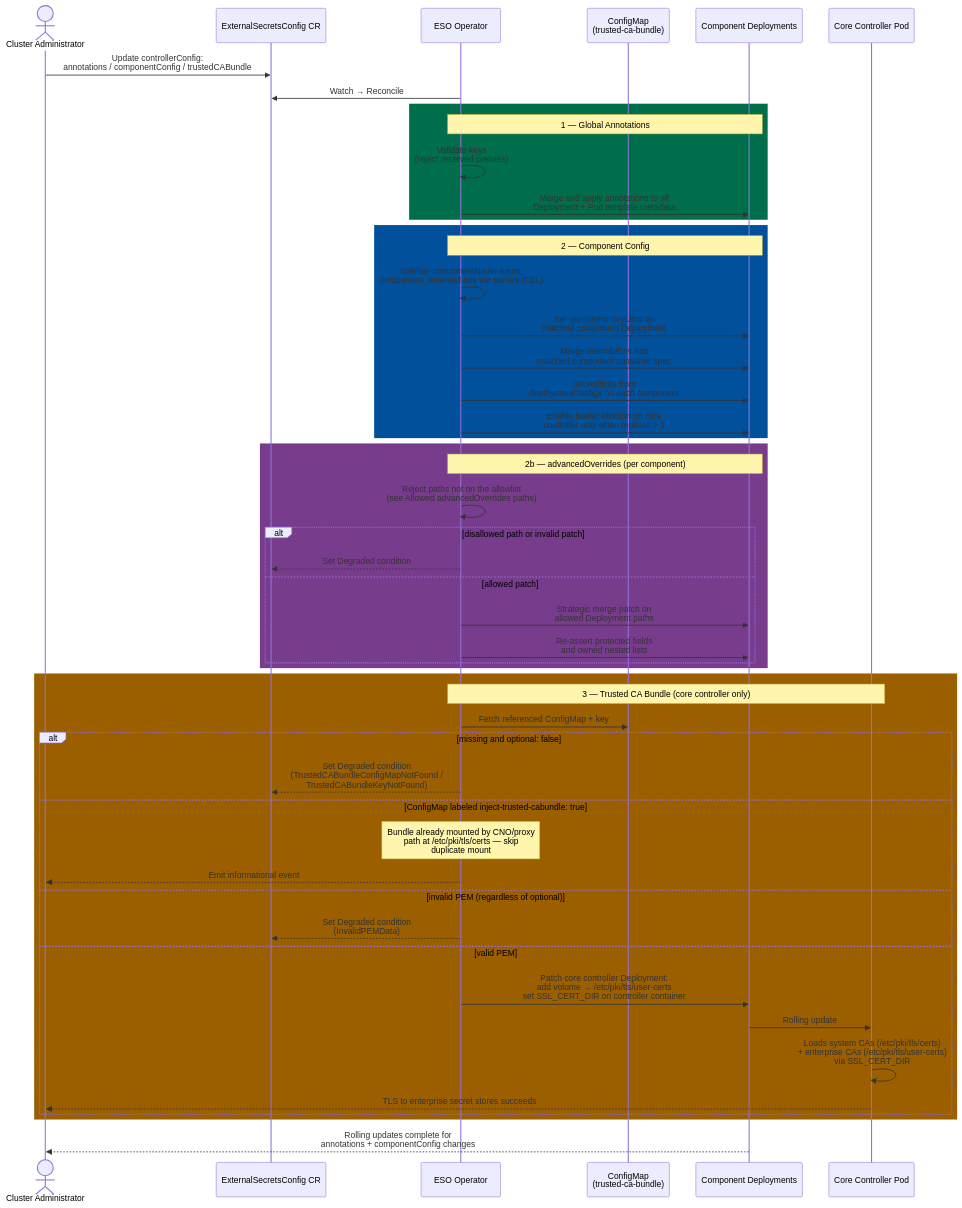
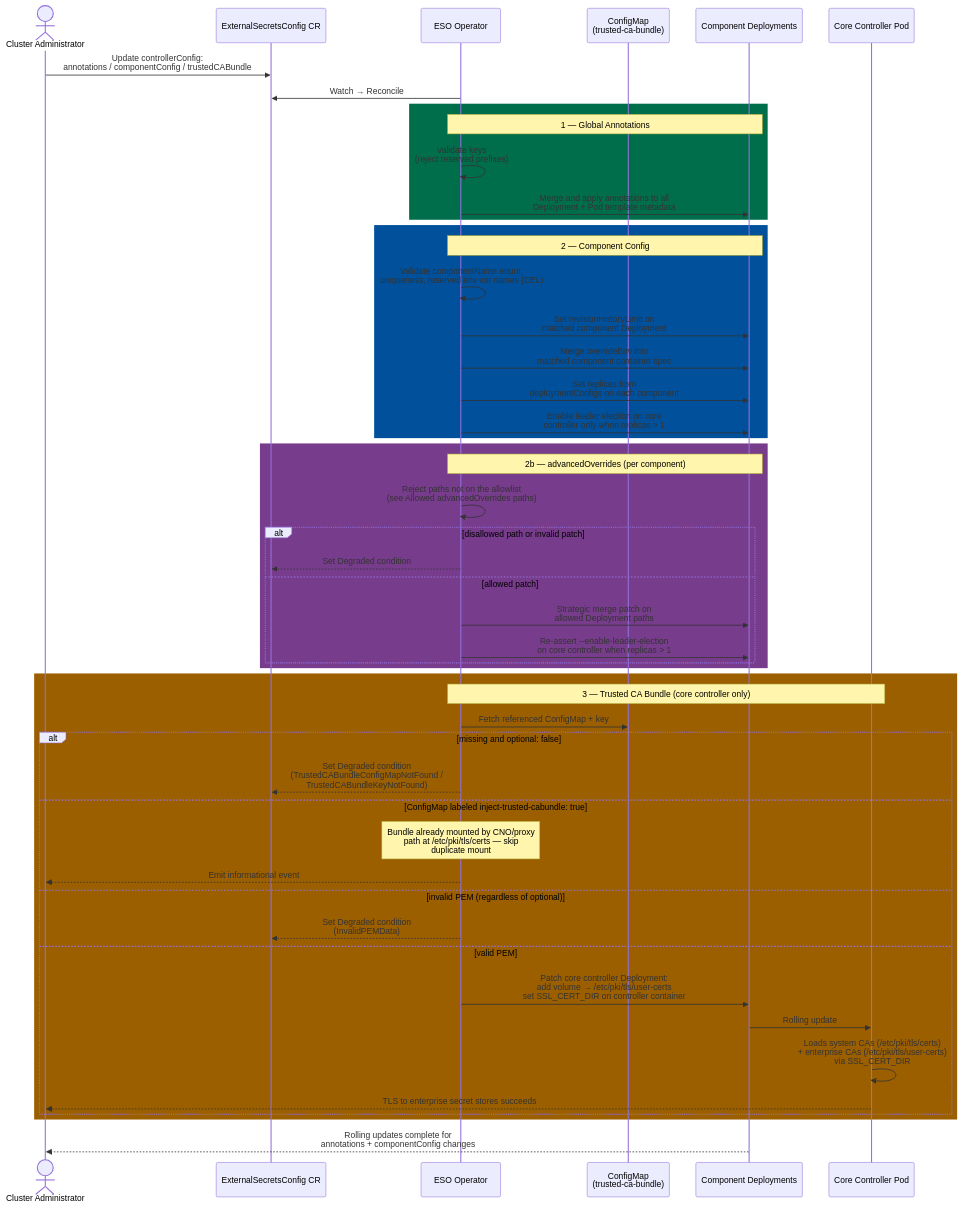
The diagram in enhancements/external-secrets-operator/external-secrets-component-config.md (openshift/enhancements), drawn with Mermaid before and after one commit. The commit also changed other lines of this file, not shown here.

````diff
--- a/enhancements/external-secrets-operator/external-secrets-component-config.md
+++ b/enhancements/external-secrets-operator/external-secrets-component-config.md
@@ -146,58 +147,58 @@
 ```mermaid
 sequenceDiagram
     actor Admin as Cluster Administrator
     participant CR as ExternalSecretsConfig CR
     participant Op as ESO Operator
     participant CM as ConfigMap<br/>(trusted-ca-bundle)
     participant Deps as Component Deployments
     participant Pod as Core Controller Pod
 
     Admin->>CR: Update controllerConfig:<br/>annotations / componentConfig / trustedCABundle
     Op->>CR: Watch → Reconcile
 
     rect rgb(0, 110, 75)
         Note over Op,Deps: 1 — Global Annotations
         Op->>Op: Validate keys<br/>(reject reserved prefixes)
         Op->>Deps: Merge and apply annotations to all<br/>Deployment + Pod template metadata
     end
 
     rect rgb(0, 80, 155)
         Note over Op,Deps: 2 — Component Config
         Op->>Op: Validate componentName enum,<br/>uniqueness, reserved env var names (CEL)
         Op->>Deps: Set revisionHistoryLimit on<br/>matched component Deployment
         Op->>Deps: Merge overrideEnv into<br/>matched component container spec
         Op->>Deps: Set replicas from<br/>deploymentConfigs on each component
         Op->>Deps: Enable leader election on core<br/>controller only when replicas > 1
     end
 
     rect rgb(120, 60, 140)
         Note over Op,Deps: 2b — advancedOverrides (per component)
         Op->>Op: Reject paths not on the allowlist<br/>(see Allowed advancedOverrides paths)
         alt disallowed path or invalid patch
             Op-->>CR: Set Degraded condition
         else allowed patch
             Op->>Deps: Strategic merge patch on<br/>allowed Deployment paths
-            Op->>Deps: Re-assert protected fields<br/>and owned nested lists
+            Op->>Deps: Re-assert --enable-leader-election<br/>on core controller when replicas > 1
         end
     end
 
     rect rgb(155, 95, 0)
         Note over Op,Pod: 3 — Trusted CA Bundle (core controller only)
         Op->>CM: Fetch referenced ConfigMap + key
         alt missing and optional: false
             Op-->>CR: Set Degraded condition<br/>(TrustedCABundleConfigMapNotFound /<br/>TrustedCABundleKeyNotFound)
         else ConfigMap labeled inject-trusted-cabundle: true
             Note over Op: Bundle already mounted by CNO/proxy<br/>path at /etc/pki/tls/certs — skip<br/>duplicate mount
             Op-->>Admin: Emit informational event
         else invalid PEM (regardless of optional)
             Op-->>CR: Set Degraded condition<br/>(InvalidPEMData)
         else valid PEM
             Op->>Deps: Patch core controller Deployment:<br/>add volume → /etc/pki/tls/user-certs<br/>set SSL_CERT_DIR on controller container
             Deps->>Pod: Rolling update
             Pod->>Pod: Loads system CAs (/etc/pki/tls/certs)<br/>+ enterprise CAs (/etc/pki/tls/user-certs)<br/>via SSL_CERT_DIR
             Pod-->>Admin: TLS to enterprise secret stores succeeds
         end
     end
 
     Deps-->>Admin: Rolling updates complete for<br/>annotations + componentConfig changes
 ```
````
